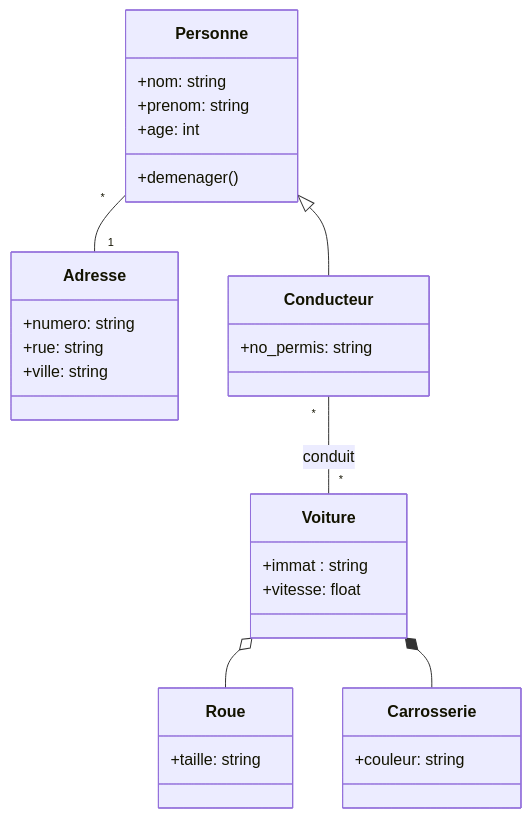
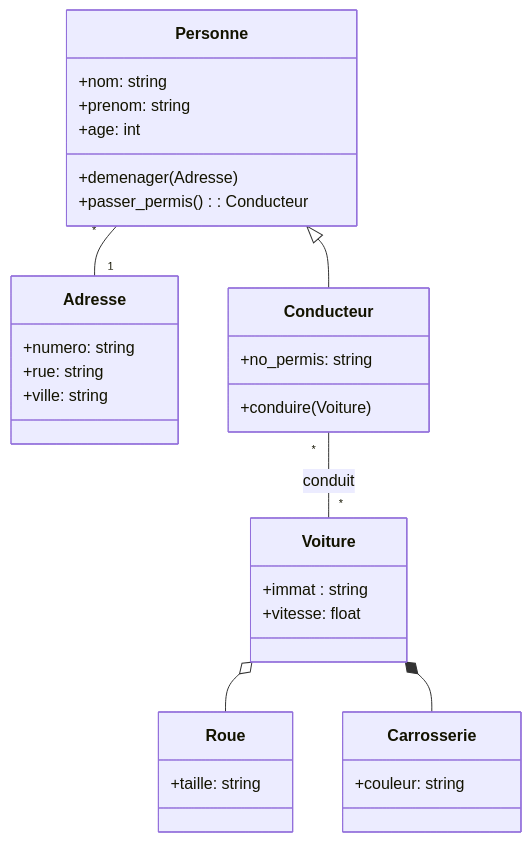
Before and after one commit to ludo2ne/ENSAI-2A-remise-a-niveau: the second of 2 diagrams in quarto-site/doc/UML/UML.qmd, drawn with Mermaid. The commit also changed other lines of this file and 1 other file, not shown here.

````diff
--- a/quarto-site/doc/UML/UML.qmd
+++ b/quarto-site/doc/UML/UML.qmd
@@ -101,38 +101,40 @@
 ```{mermaid}
 classDiagram
     class Adresse {
         +numero: string
         +rue: string
         +ville: string
     }
 
     class Personne {
         +nom: string
         +prenom: string
         +age: int
-        +demenager()
+        +demenager(Adresse)
+        +passer_permis(): Conducteur
     }
 
     class Conducteur {
         +no_permis: string
+        +conduire(Voiture)
     }
 
     class Voiture {
         +immat : string
         +vitesse: float
     }
 
     class Roue {
         +taille: string
     }
 
     class Carrosserie {
         +couleur: string
     }
 
     Personne "*" -- "1" Adresse
     Personne <|-- Conducteur
     Conducteur "*" -- "*" Voiture : conduit
     Voiture o-- Roue
     Voiture *-- Carrosserie
 ```
````
